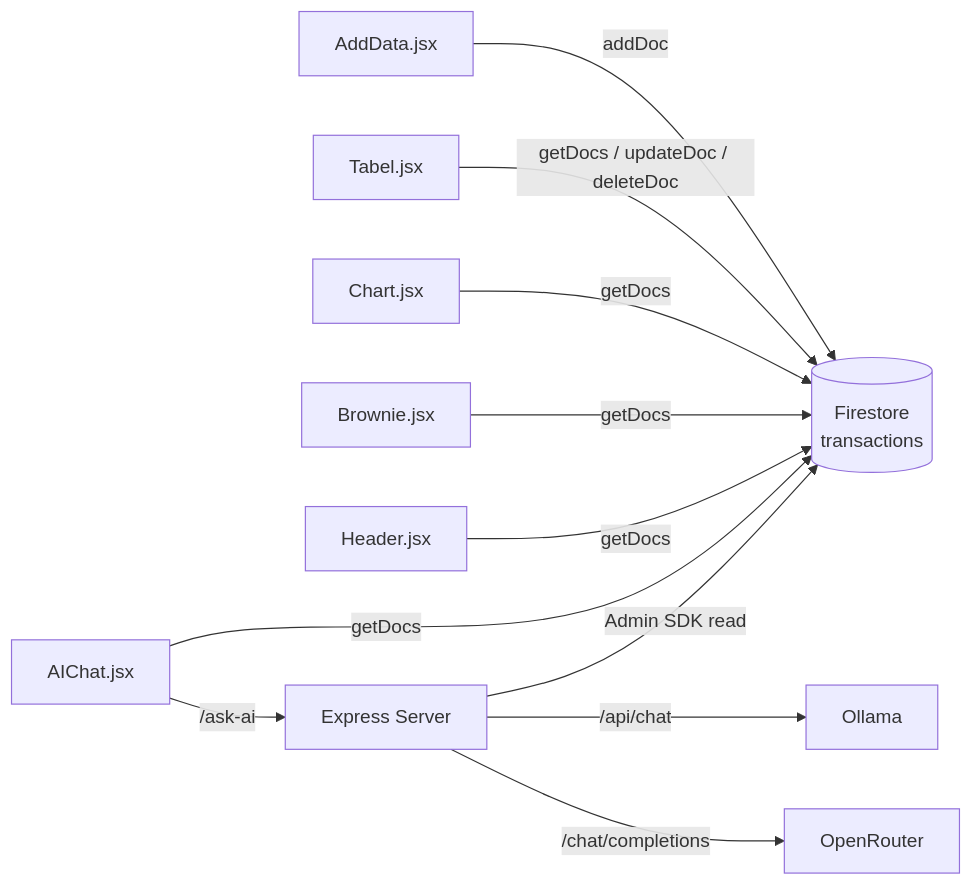
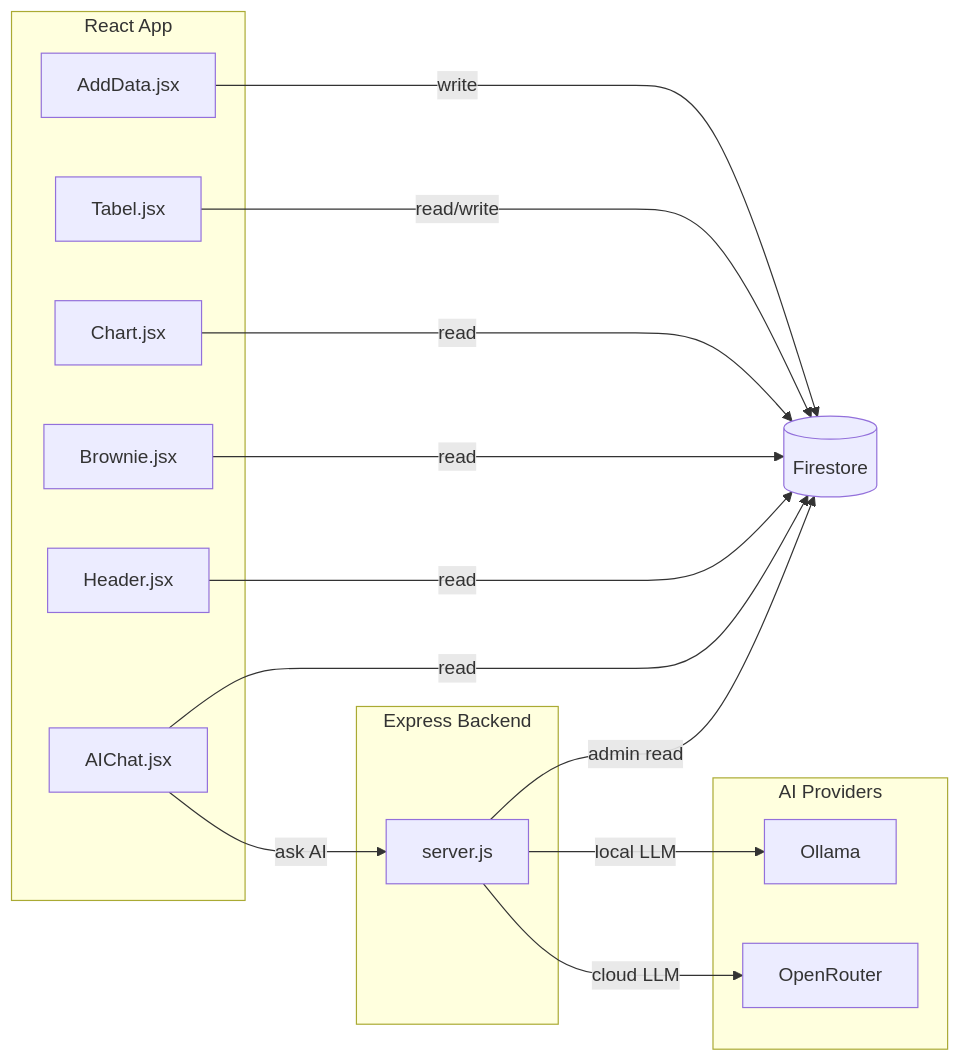
The third of 5 diagrams in README.md (DaffaFIP/FInDash-Pribadi), drawn with Mermaid before and after one commit. The commit also changed other lines of this file, not shown here.

````diff
--- a/README.md
+++ b/README.md
@@ -190,13 +192,33 @@
 ```mermaid
 flowchart LR
-    A[AddData.jsx] -->|addDoc| B[(Firestore<br/>transactions)]
-    C[Tabel.jsx] -->|getDocs / updateDoc / deleteDoc| B
-    D[Chart.jsx] -->|getDocs| B
-    E[Brownie.jsx] -->|getDocs| B
-    F[Header.jsx] -->|getDocs| B
-    G[AIChat.jsx] -->|getDocs| B
-    G -->|/ask-ai| H[Express Server]
-    H -->|Admin SDK read| B
-    H -->|/api/chat| I[Ollama]
-    H -->|/chat/completions| J[OpenRouter]
+    subgraph Client[React App]
+        A1[AddData.jsx]
+        A2[Tabel.jsx]
+        A3[Chart.jsx]
+        A4[Brownie.jsx]
+        A5[Header.jsx]
+        A6[AIChat.jsx]
+    end
+
+    subgraph Server[Express Backend]
+        B1[server.js]
+    end
+
+    subgraph AI[AI Providers]
+        C1[Ollama]
+        C2[OpenRouter]
+    end
+
+    DB[(Firestore)]
+
+    A1 -- write --> DB
+    A2 -- read/write --> DB
+    A3 -- read --> DB
+    A4 -- read --> DB
+    A5 -- read --> DB
+    A6 -- read --> DB
+    A6 -- ask AI --> B1
+    B1 -- admin read --> DB
+    B1 -- local LLM --> C1
+    B1 -- cloud LLM --> C2
 ```
````
